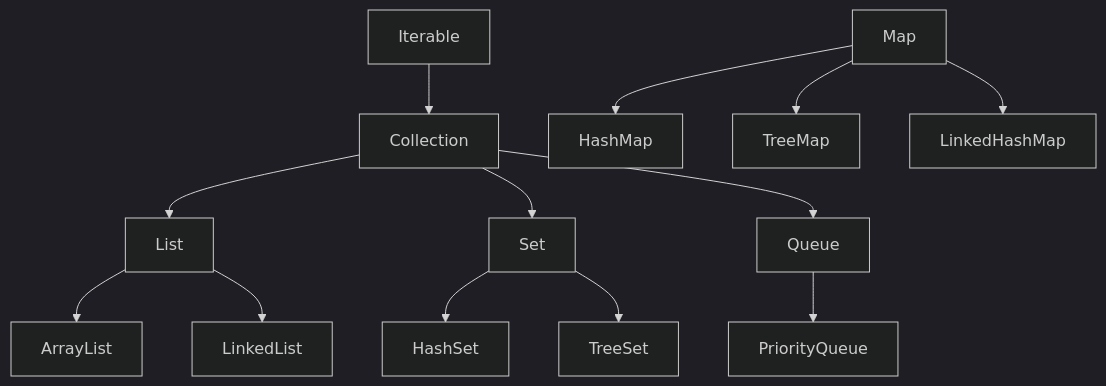
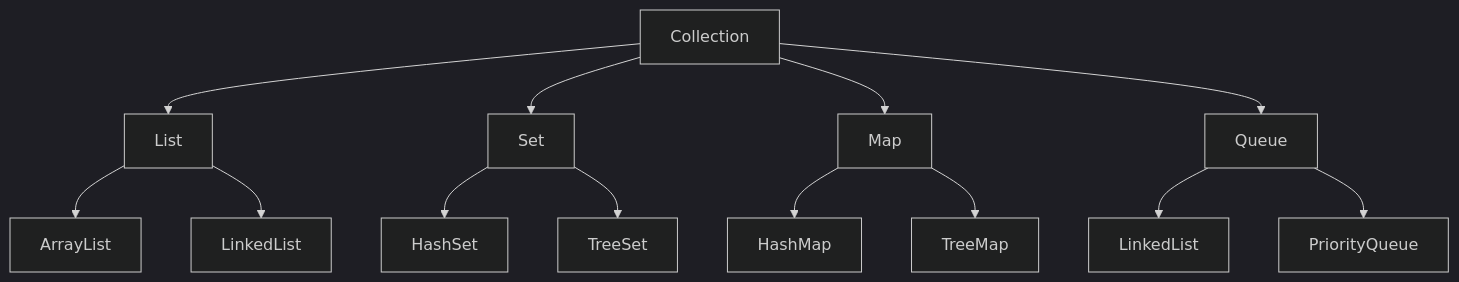
Before and after one commit to VrushankPatel/interview-matters: the diagram in collections-and-data-structures/README.md, drawn with Mermaid (dark theme). The commit also changed other lines of this file and 4 other files, not shown here.

````diff
--- a/collections-and-data-structures/README.md
+++ b/collections-and-data-structures/README.md
@@ -21,15 +28,15 @@
 ```mermaid
 graph TD
-    A[Iterable] --> B[Collection]
-    B --> C[List]
-    B --> D[Set]
-    B --> E[Queue]
-    C --> F[ArrayList]
-    C --> G[LinkedList]
-    D --> H[HashSet]
-    D --> I[TreeSet]
-    J[Map] --> K[HashMap]
-    J --> L[TreeMap]
-    J --> M[LinkedHashMap]
-    E --> N[PriorityQueue]
+    A[Collection] --> B[List]
+    A --> C[Set]
+    A --> D[Map]
+    A --> E[Queue]
+    B --> F[ArrayList]
+    B --> G[LinkedList]
+    C --> H[HashSet]
+    C --> I[TreeSet]
+    D --> J[HashMap]
+    D --> K[TreeMap]
+    E --> L[LinkedList]
+    E --> M[PriorityQueue]
 ```
````
